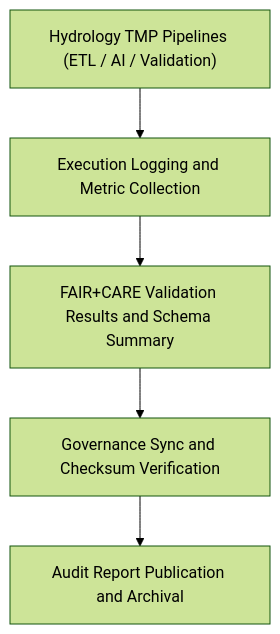
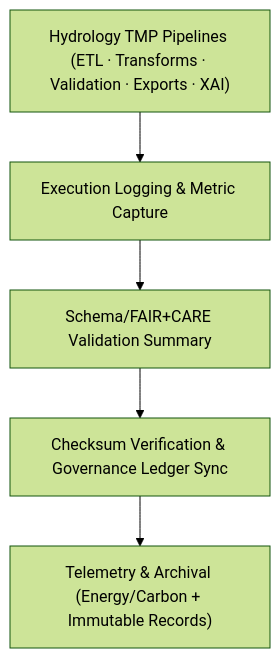
One commit to bartytime4life/Kansas-Frontier-Matrix changed the diagram in data/work/tmp/hydrology/logs/README.md. Above: the diagram before and after it, drawn with Mermaid (forest theme). The commit also changed other lines of this file, not shown here.

````diff
--- a/data/work/tmp/hydrology/logs/README.md
+++ b/data/work/tmp/hydrology/logs/README.md
@@ -64,7 +66,8 @@
 ```mermaid
 flowchart TD
-    A["Hydrology TMP Pipelines (ETL / AI / Validation)"] --> B["Execution Logging and Metric Collection"]
-    B --> C["FAIR+CARE Validation Results and Schema Summary"]
-    C --> D["Governance Sync and Checksum Verification"]
-    D --> E["Audit Report Publication and Archival"]
+    A["Hydrology TMP Pipelines (ETL · Transforms · Validation · Exports · XAI)"]
+      --> B["Execution Logging & Metric Capture"]
+      --> C["Schema/FAIR+CARE Validation Summary"]
+      --> D["Checksum Verification & Governance Ledger Sync"]
+      --> E["Telemetry & Archival (Energy/Carbon + Immutable Records)"]
 ```
````
